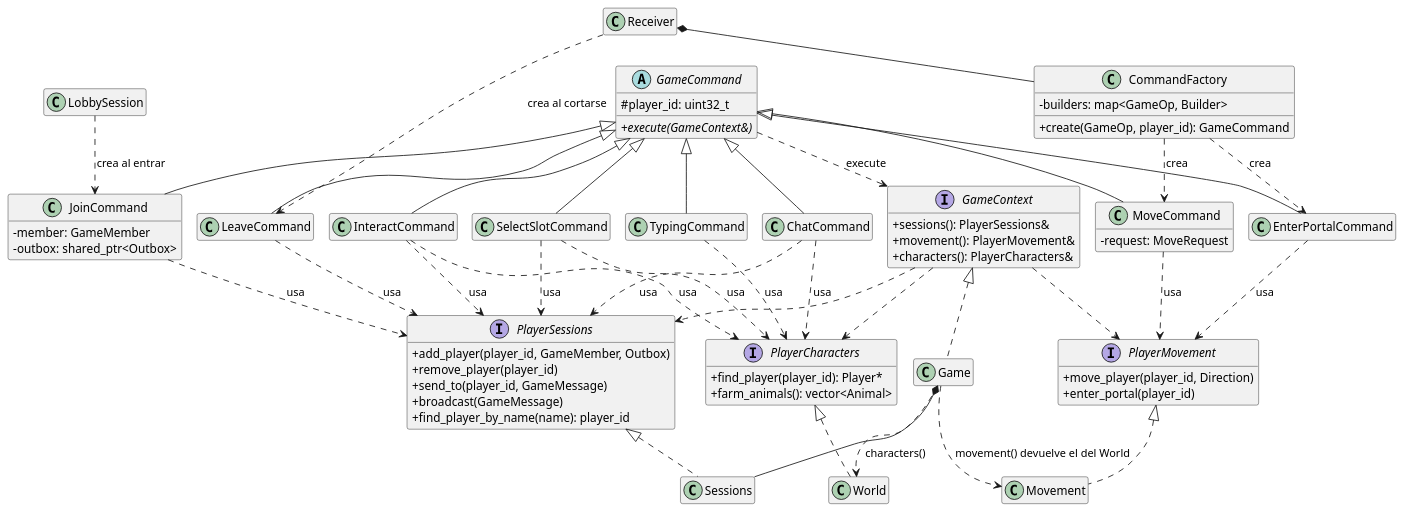
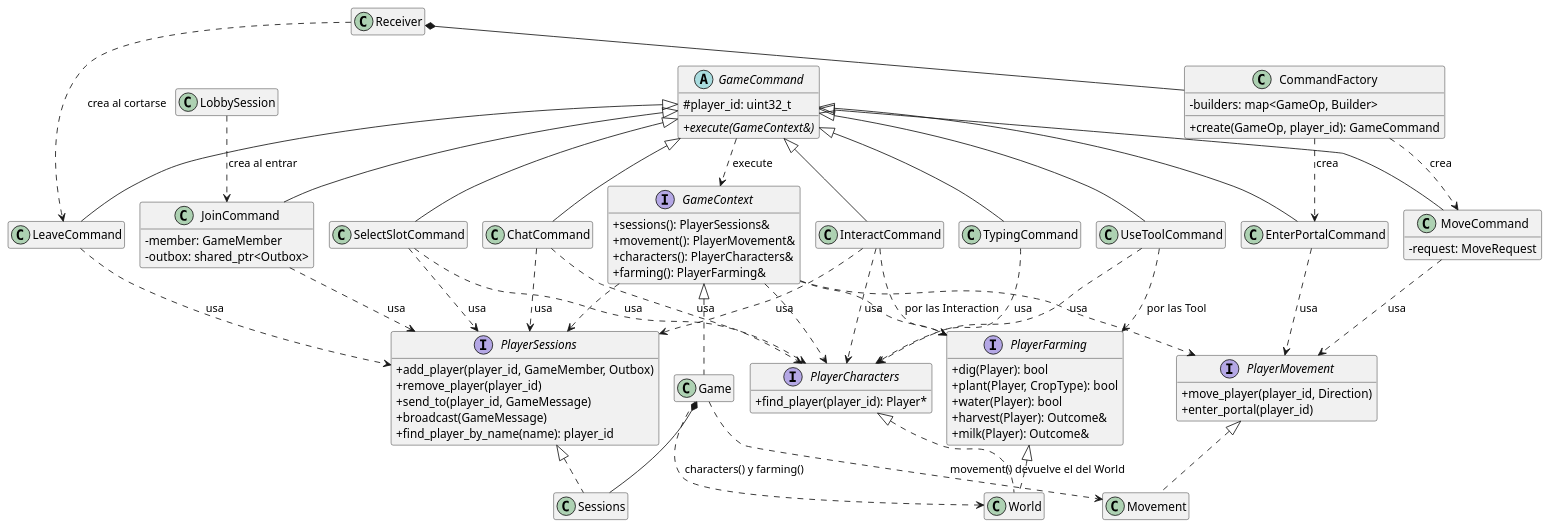
Before and after one commit to jerod1903/tp-taller-2026c2-grupo-14: the diagram in server/docs/diagrams/commands/commands.puml, drawn with PlantUML. The commit also changed 8 other files, not shown here.

Commit message:
docs(server): actualizo diagramas

```diff
--- a/server/docs/diagrams/commands/commands.puml
+++ b/server/docs/diagrams/commands/commands.puml
@@ -1,89 +1,103 @@
 @startuml commands
 !pragma layout smetana
 hide empty members
 skinparam classAttributeIconSize 0
 
 interface GameContext {
   + sessions(): PlayerSessions&
   + movement(): PlayerMovement&
   + characters(): PlayerCharacters&
+  + farming(): PlayerFarming&
 }
 interface PlayerSessions {
   + add_player(player_id, GameMember, Outbox)
   + remove_player(player_id)
   + send_to(player_id, GameMessage)
   + broadcast(GameMessage)
   + find_player_by_name(name): player_id
 }
 interface PlayerCharacters {
   + find_player(player_id): Player*
-  + farm_animals(): vector<Animal>
+}
+interface PlayerFarming {
+  + dig(Player): bool
+  + plant(Player, CropType): bool
+  + water(Player): bool
+  + harvest(Player): Outcome&
+  + milk(Player): Outcome&
 }
 interface PlayerMovement {
   + move_player(player_id, Direction)
   + enter_portal(player_id)
 }
 class Game
 class Sessions
 class Movement
 class World
 abstract class GameCommand {
   # player_id: uint32_t
   + {abstract} execute(GameContext&)
 }
 class MoveCommand {
   - request: MoveRequest
 }
 class JoinCommand {
   - member: GameMember
   - outbox: shared_ptr<Outbox>
 }
 class LeaveCommand
 class EnterPortalCommand
 class ChatCommand
 class InteractCommand
+class UseToolCommand
 class SelectSlotCommand
 class TypingCommand
 class CommandFactory {
   - builders: map<GameOp, Builder>
   + create(GameOp, player_id): GameCommand
 }
 class Receiver
 class LobbySession
 
 GameContext <|.. Game
 PlayerSessions <|.. Sessions
 PlayerMovement <|.. Movement
 PlayerCharacters <|.. World
+PlayerFarming <|.. World
 GameContext ..> PlayerCharacters
-Game ..> World : characters()
+GameContext ..> PlayerFarming
+Game ..> World : characters() y farming()
 ChatCommand ..> PlayerSessions : usa
 ChatCommand ..> PlayerCharacters : usa
 InteractCommand ..> PlayerSessions : usa
 InteractCommand ..> PlayerCharacters : usa
+InteractCommand ..> PlayerFarming : por las Interaction
+UseToolCommand ..> PlayerCharacters : usa
+UseToolCommand ..> PlayerFarming : por las Tool
 SelectSlotCommand ..> PlayerSessions : usa
 SelectSlotCommand ..> PlayerCharacters : usa
 TypingCommand ..> PlayerCharacters : usa
 GameCommand <|-- ChatCommand
 GameCommand <|-- InteractCommand
+GameCommand <|-- UseToolCommand
 GameCommand <|-- SelectSlotCommand
 GameCommand <|-- TypingCommand
 GameContext ..> PlayerSessions
 GameContext ..> PlayerMovement
 Game *-- Sessions
 Game ..> Movement : movement() devuelve el del World
 JoinCommand ..> PlayerSessions : usa
 LeaveCommand ..> PlayerSessions : usa
 MoveCommand ..> PlayerMovement : usa
 EnterPortalCommand ..> PlayerMovement : usa
 GameCommand <|-- MoveCommand
 GameCommand <|-- JoinCommand
 GameCommand <|-- LeaveCommand
 GameCommand <|-- EnterPortalCommand
 GameCommand ..> GameContext : execute
 CommandFactory ..> MoveCommand : crea
 CommandFactory ..> EnterPortalCommand : crea
 Receiver *-- CommandFactory
 Receiver ..> LeaveCommand : crea al cortarse
 LobbySession ..> JoinCommand : crea al entrar
 @enduml
```
